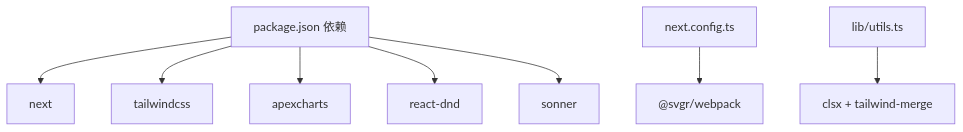
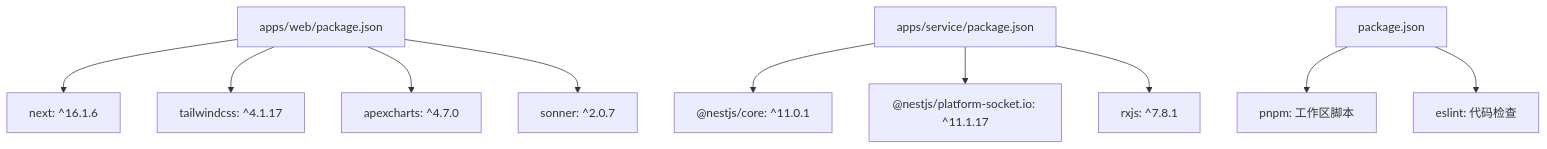
The eighth of 8 diagrams in .qoder/repowiki/zh/content/架构设计/架构设计.md (HAOFUYANG/nextjs-admin), drawn with Mermaid before and after one commit. The commit also changed other lines of this file and 6 other files, not shown here.

First line of the commit message:
refactor(package): 简化 package.json 脚本配置

````diff
--- a/.qoder/repowiki/zh/content/架构设计/架构设计.md
+++ b/.qoder/repowiki/zh/content/架构设计/架构设计.md
@@ -307,10 +284,12 @@
 ```mermaid
 graph TB
-Pkg["package.json 依赖"] --> Next["next"]
-Pkg --> Tailwind["tailwindcss"]
-Pkg --> Apex["apexcharts"]
-Pkg --> DnD["react-dnd"]
-Pkg --> Sonner["sonner"]
-Cfg["next.config.ts"] --> SVGR["@svgr/webpack"]
-Utils["lib/utils.ts"] --> CN["clsx + tailwind-merge"]
+Frontend["apps/web/package.json"] --> Next["next: ^16.1.6"]
+Frontend --> Tailwind["tailwindcss: ^4.1.17"]
+Frontend --> Apex["apexcharts: ^4.7.0"]
+Frontend --> Sonner["sonner: ^2.0.7"]
+Backend["apps/service/package.json"] --> NestJS["@nestjs/core: ^11.0.1"]
+Backend --> SocketIO["@nestjs/platform-socket.io: ^11.1.17"]
+Backend --> RxJS["rxjs: ^7.8.1"]
+Workspace["package.json"] --> Pnpm["pnpm: 工作区脚本"]
+Workspace --> Lint["eslint: 代码检查"]
 ```
````
